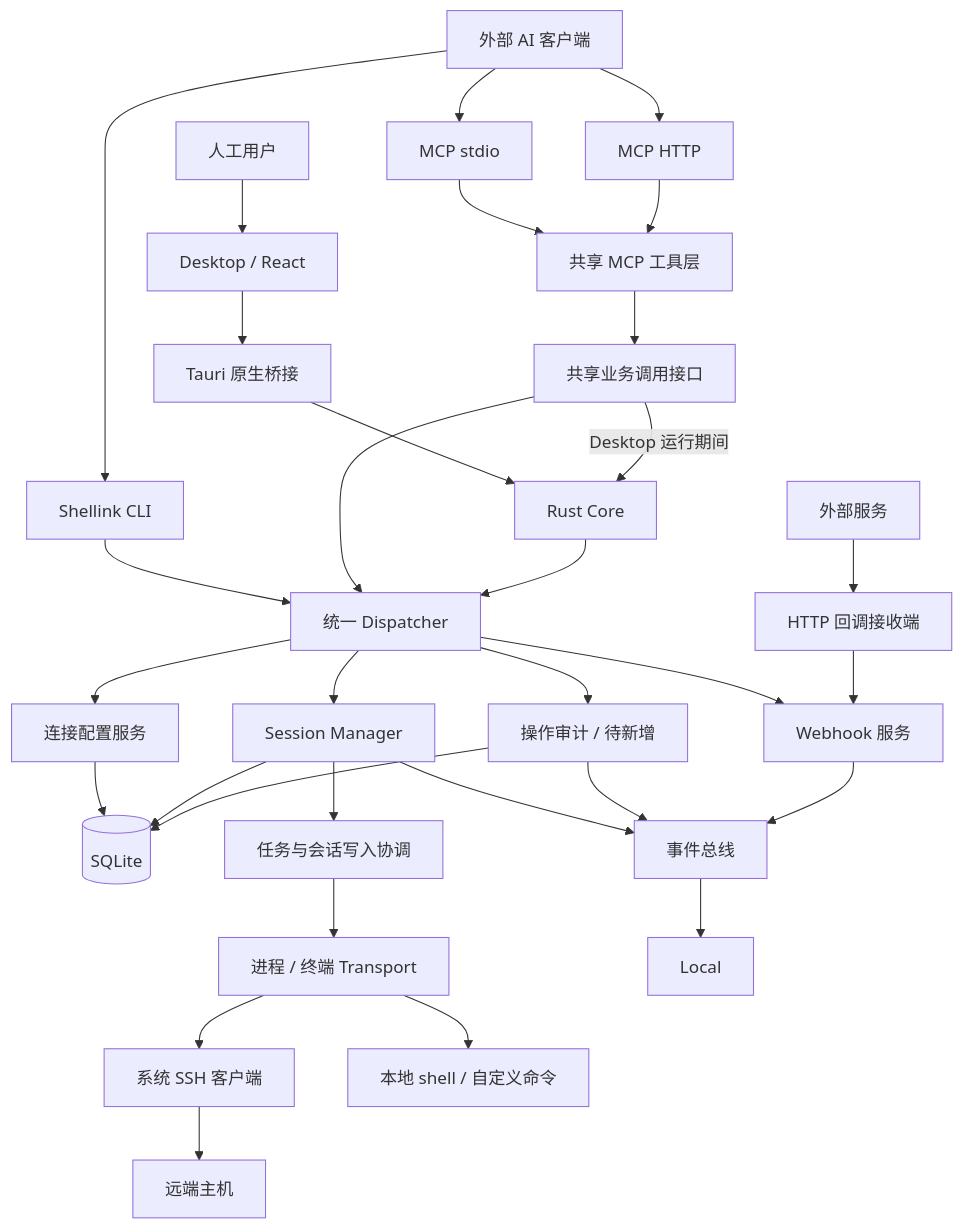
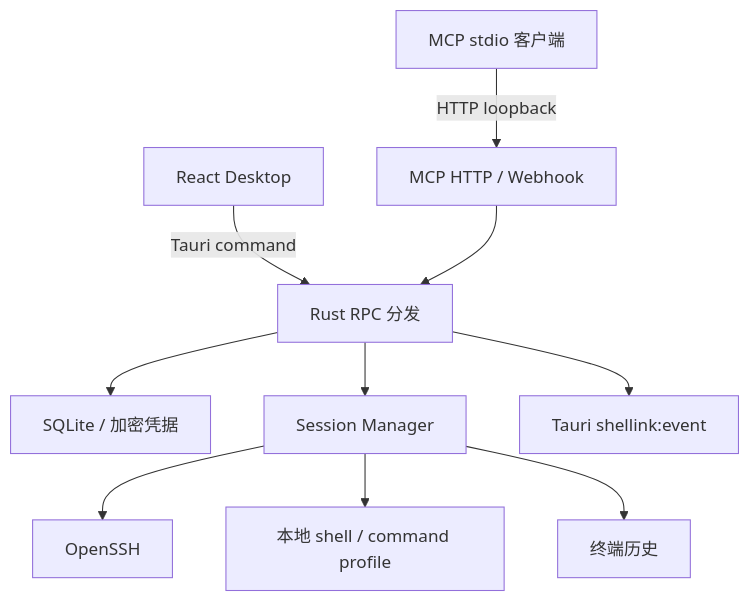
Before and after one commit to chiyanking/Shellink: the diagram in docs/architecture.md, drawn with Mermaid. The commit also changed other lines of this file and 110 other files, not shown here.

Commit message:
完成 Desktop Rust 核心迁移

````diff
--- a/docs/architecture.md
+++ b/docs/architecture.md
@@ -62,39 +9,12 @@
 ```mermaid
 flowchart TB
-    Human[人工用户] --> GUI[Desktop / React]
-    GUI --> Bridge[Tauri 原生桥接]
-    Bridge --> Core[Rust Core]
-
-    AI[外部 AI 客户端] --> CLI[Shellink CLI]
-    AI --> Stdio[MCP stdio]
-    AI --> MCPHTTP[MCP HTTP]
-    CLI --> Dispatcher
-    Stdio --> MCPTools[共享 MCP 工具层]
-    MCPTools --> Adapter[共享业务调用接口]
-    Adapter -->|Desktop 运行期间| Core
-
-    MCPHTTP --> MCPTools
-    Adapter --> Dispatcher[统一 Dispatcher]
-    Core --> Dispatcher
-
-    Dispatcher --> Profiles[连接配置服务]
-    Dispatcher --> Manager[Session Manager]
-    Dispatcher --> Hooks[Webhook 服务]
-    Dispatcher --> Audit[操作审计 / 待新增]
-    Profiles --> DB[(SQLite)]
-    Manager --> DB
-    Audit --> DB
-    Manager --> Jobs[任务与会话写入协调]
-    Jobs --> Transport[进程 / 终端 Transport]
-    Transport --> SSH[系统 SSH 客户端]
-    Transport --> Command[本地 shell / 自定义命令]
-    SSH --> Remote[远端主机]
-
-    Manager --> Bus[事件总线]
-    Audit --> Bus
-    Hooks --> Bus
-    Bus --> Local
-
-    External[外部服务] --> Callback[HTTP 回调接收端]
-    Callback --> Hooks
+    UI[React Desktop] -->|Tauri command| Bridge[Rust RPC 分发]
+    Bridge --> Store[SQLite / 加密凭据]
+    Bridge --> Sessions[Session Manager]
+    Sessions --> SSH[OpenSSH]
+    Sessions --> Shell[本地 shell / command profile]
+    Sessions --> History[终端历史]
+    HTTP[MCP HTTP / Webhook] --> Bridge
+    Stdio[MCP stdio 客户端] -->|HTTP loopback| HTTP
+    Bridge --> Events[Tauri shellink:event]
 ```
````
